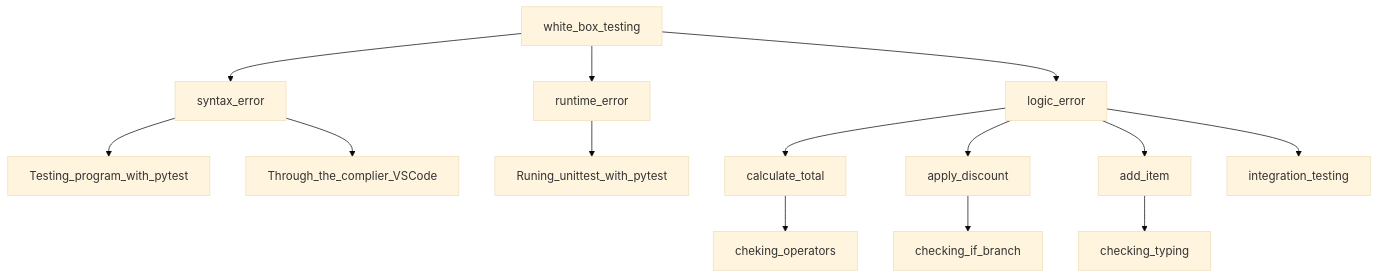
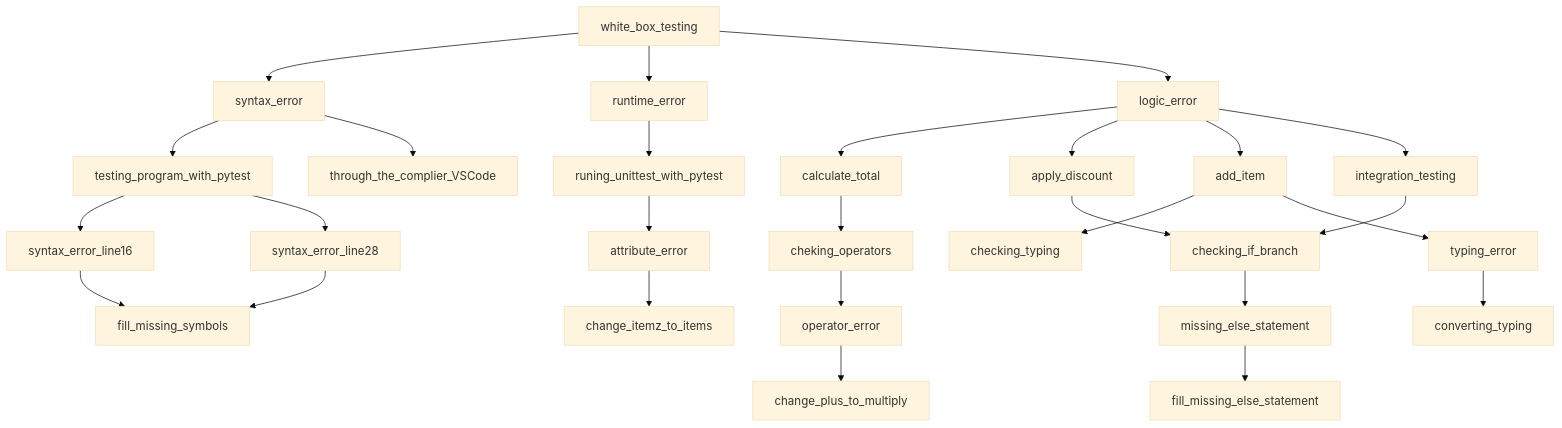
The diagram in README.md (huasuoworld/TestingBuggyCode), drawn with Mermaid (base theme) before and after one commit.

Commit message:
add flowchat

````diff
--- a/README.md
+++ b/README.md
@@ -4,20 +4,37 @@
 ```mermaid
 graph TD;
     white_box_testing --> syntax_error;
     white_box_testing --> runtime_error;
     white_box_testing --> logic_error;
 
-    syntax_error --> Testing_program_with_pytest;
-    syntax_error --> Through_the_complier_VSCode;
+    syntax_error --> testing_program_with_pytest;
+    syntax_error --> through_the_complier_VSCode;
 
-    runtime_error --> Runing_unittest_with_pytest;
+    runtime_error --> runing_unittest_with_pytest;
 
     logic_error --> calculate_total;
     logic_error --> apply_discount;
     logic_error --> add_item;
     logic_error --> integration_testing;
 
     calculate_total --> cheking_operators;
     apply_discount --> checking_if_branch;
     add_item --> checking_typing;
+    integration_testing --> checking_if_branch;
+
+    testing_program_with_pytest --> syntax_error_line16;
+    testing_program_with_pytest --> syntax_error_line28;
+
+    syntax_error_line16 --> fill_missing_symbols;
+    syntax_error_line28 --> fill_missing_symbols;
+
+    runing_unittest_with_pytest --> attribute_error;
+    attribute_error --> change_itemz_to_items;
+
+    cheking_operators --> operator_error;operator_error --> change_plus_to_multiply;
+
+    checking_if_branch --> missing_else_statement;missing_else_statement --> fill_missing_else_statement;
+
+    add_item --> typing_error;
+    typing_error --> converting_typing;
 ```
````
